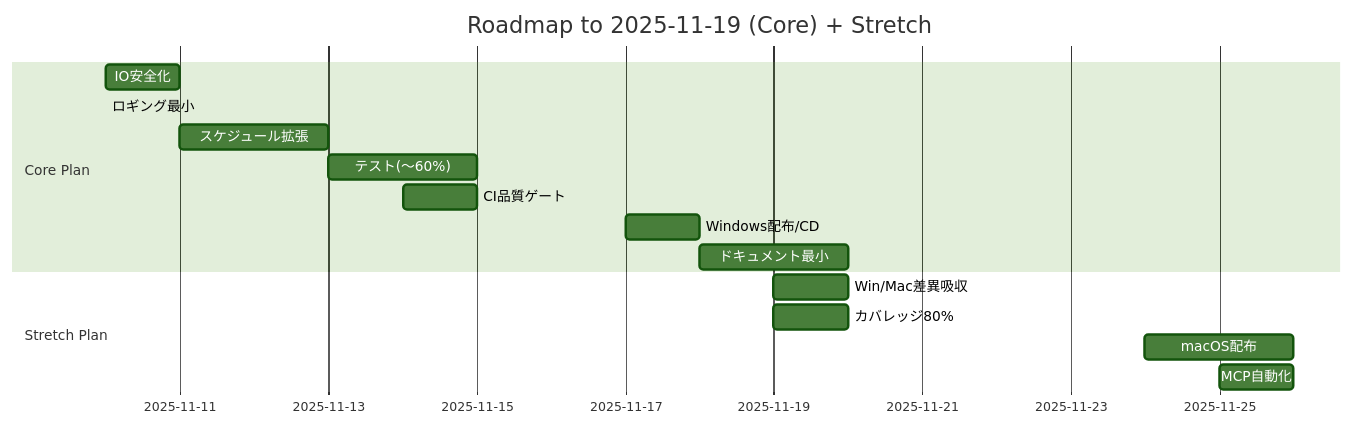
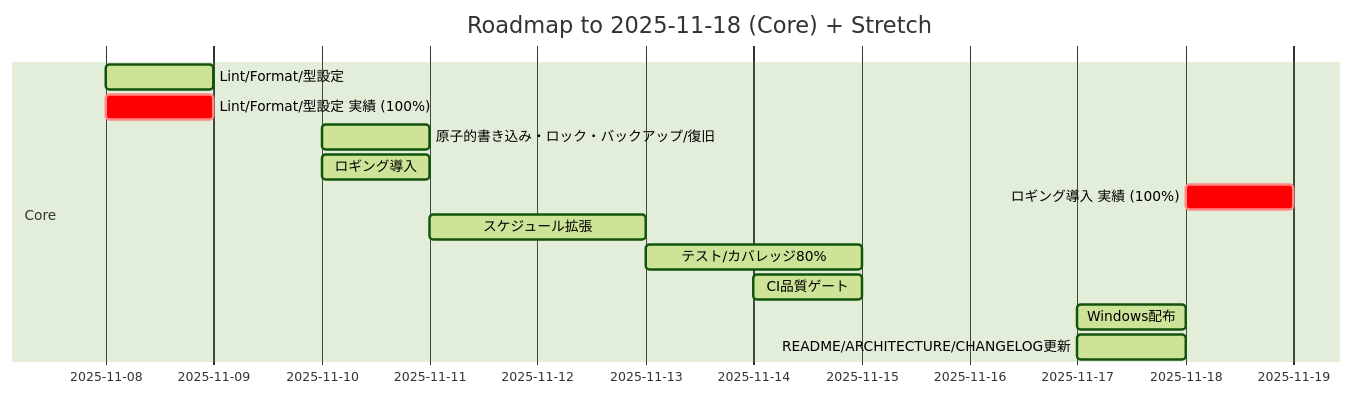
Before and after one commit to takenet193/task-reminder-tool: the diagram in docs/ROADMAP.md, drawn with Mermaid (forest theme). The commit also changed other lines of this file and 22 other files, not shown here.

````diff
--- a/docs/ROADMAP.md
+++ b/docs/ROADMAP.md
@@ -26,20 +37,24 @@
 ```mermaid
 gantt
   dateFormat  YYYY-MM-DD
-  title Roadmap to 2025-11-19 (Core) + Stretch
-  %% ===== Core =====
-  section Core Plan
-  IO安全化                    :2025-11-10, 1d
-  ロギング最小                :2025-11-10, 0.3d
-  スケジュール拡張             :2025-11-11, 2d
-  テスト(〜60%)               :2025-11-13, 2d
-  CI品質ゲート                 :2025-11-14, 0.5d
-  Windows配布/CD               :2025-11-17, 1d
-  ドキュメント最小             :2025-11-18, 2d
-  %% ===== Stretch =====
-  section Stretch Plan
-  Win/Mac差異吸収             :2025-11-19, 0.5d
-  カバレッジ80%               :2025-11-19, 0.5d
-  macOS配布                   :2025-11-24, 2d
-  MCP自動化                   :2025-11-25, 1d
+  title Roadmap to 2025-11-18 (Core) + Stretch
+  section Core
+  Lint/Format/型設定  :active, 2025-11-08, 1.0d
+  Lint/Format/型設定 実績 (100%)  :crit, 2025-11-08, 1.0d
+  原子的書き込み・ロック・バックアップ/復旧  :active, 2025-11-10, 1.0d
+  ロギング導入  :active, 2025-11-10, 1.0d
+  ロギング導入 実績 (100%)  :crit, 2025-11-18, 1.0d
+  スケジュール拡張  :active, 2025-11-11, 2.0d
+  テスト/カバレッジ80%  :active, 2025-11-13, 2.0d
+  CI品質ゲート  :active, 2025-11-14, 1.0d
+  Windows配布  :active, 2025-11-17, 1.0d
+  README/ARCHITECTURE/CHANGELOG更新  :active, 2025-11-17, 1.0d
+  section Stretch
+  %% スケジュールUI (日付未定)
+  %% 通知ディスパッチ (日付未定)
+  %% Win/Mac表示差異吸収 (日付未定)
+  %% macOS配布 (日付未定)
+  %% MCP自動化 (日付未定)
+  %% デモGIF作成 (日付未定)
+  %% アーキ図/通知シーケンス図 (日付未定)
 ```
````
